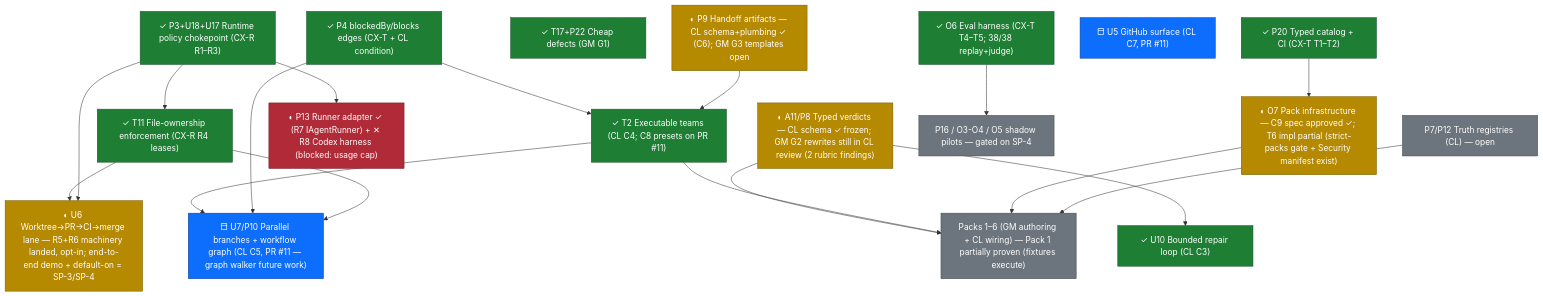
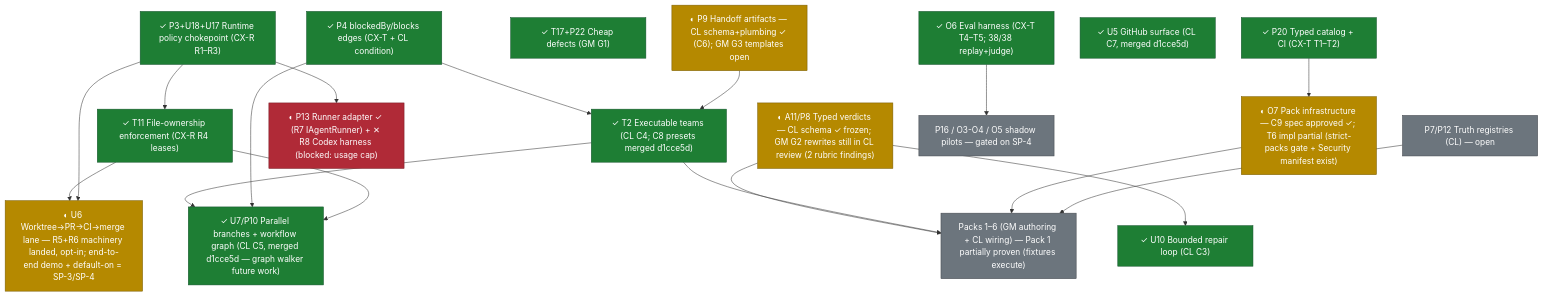
The diagram in doc/roadmap/index.md (FoodBreakPedro/GigaClaw), drawn with Mermaid before and after one commit. The commit also changed other lines of this file and 2 other files, not shown here.

Commit message:
docs(roadmap): remaining-work plan + post-merge status corrections (PR #11 → d1cce5d)

````diff
--- a/doc/roadmap/index.md
+++ b/doc/roadmap/index.md
@@ -101,42 +101,41 @@
 ```mermaid
 flowchart TD
     P3["✓ P3+U18+U17 Runtime policy chokepoint (CX-R R1–R3)"]:::done
     P20["✓ P20 Typed catalog + CI (CX-T T1–T2)"]:::done
     QF["✓ T17+P22 Cheap defects (GM G1)"]:::done
     A11["◐ A11/P8 Typed verdicts — CL schema ✓ frozen; GM G2 rewrites still in CL review (2 rubric findings)"]:::partial
     U10["✓ U10 Bounded repair loop (CL C3)"]:::done
     O6["✓ O6 Eval harness (CX-T T4–T5; 38/38 replay+judge)"]:::done
     P4["✓ P4 blockedBy/blocks edges (CX-T + CL condition)"]:::done
-    T2["✓ T2 Executable teams (CL C4; C8 presets on PR #11)"]:::done
+    T2["✓ T2 Executable teams (CL C4; C8 presets merged d1cce5d)"]:::done
     T11["✓ T11 File-ownership enforcement (CX-R R4 leases)"]:::done
-    U7["⬒ U7/P10 Parallel branches + workflow graph (CL C5, PR #11 — graph walker future work)"]:::pr
+    U7["✓ U7/P10 Parallel branches + workflow graph (CL C5, merged d1cce5d — graph walker future work)"]:::done
     U6["◐ U6 Worktree→PR→CI→merge lane — R5+R6 machinery landed, opt-in; end-to-end demo + default-on = SP-3/SP-4"]:::partial
     P13["◐ P13 Runner adapter ✓ (R7 IAgentRunner) + ✕ R8 Codex harness (blocked: usage cap)"]:::blocked
-    U5["⬒ U5 GitHub surface (CL C7, PR #11)"]:::pr
+    U5["✓ U5 GitHub surface (CL C7, merged d1cce5d)"]:::done
     P9["◐ P9 Handoff artifacts — CL schema+plumbing ✓ (C6); GM G3 templates open"]:::partial
     O7["◐ O7 Pack infrastructure — C9 spec approved ✓; T6 impl partial (strict-packs gate + Security manifest exist)"]:::partial
     PACKS["Packs 1–6 (GM authoring + CL wiring) — Pack 1 partially proven (fixtures execute)"]:::open
     P7["P7/P12 Truth registries (CL) — open"]:::open
     PILOTS["P16 / O3-O4 / O5 shadow pilots — gated on SP-4"]:::open
 
     P3 --> T11 --> U6
     P3 --> U6
     P20 --> O7
     A11 --> U10
     A11 --> PACKS
     O6 --> PILOTS
     P4 --> T2 --> U7
     P4 --> U7
     T11 --> U7
     T2 --> PACKS
     P3 --> P13
     O7 --> PACKS
     P7 --> PACKS
     P9 --> T2
 
     classDef done fill:#1e7e34,stroke:#14532d,color:#ffffff
-    classDef pr fill:#0d6efd,stroke:#0a3d91,color:#ffffff
     classDef partial fill:#b58900,stroke:#7a5c00,color:#ffffff
     classDef blocked fill:#b02a37,stroke:#7a1d26,color:#ffffff
     classDef open fill:#6c757d,stroke:#43484d,color:#ffffff
 ```
````
